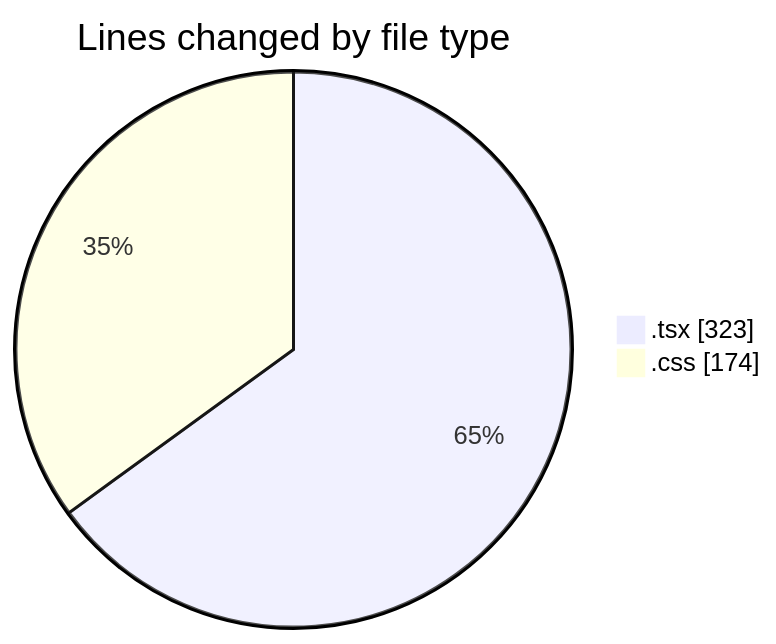
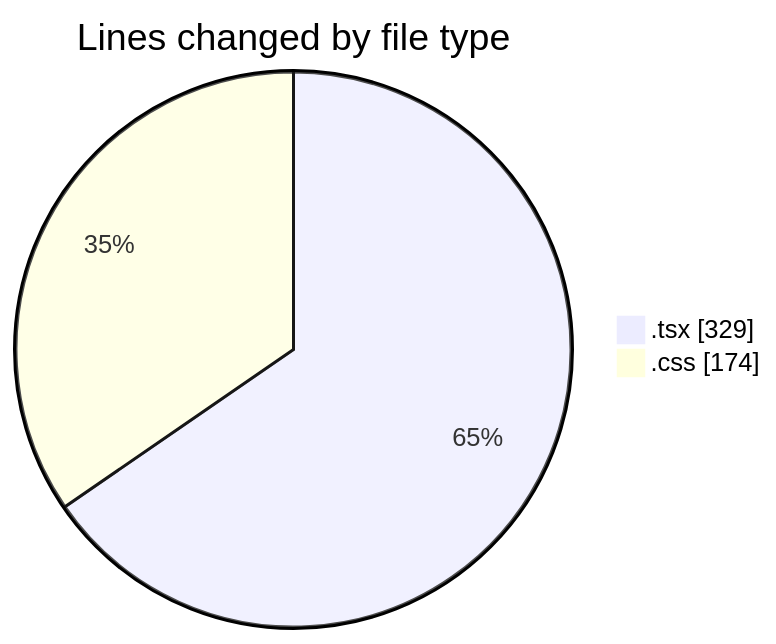
Before and after one commit to donsfak/code-tracking: the first of 2 diagrams in 2025-02-13/portofolio/README.md, drawn with Mermaid. The commit also changed other lines of this file and 1 other file, not shown here.

````diff
--- a/2025-02-13/portofolio/README.md
+++ b/2025-02-13/portofolio/README.md
@@ -21,6 +21,6 @@
 ```mermaid
 pie showData
 title Lines changed by file type
-".tsx" : 323
+".tsx" : 329
 ".css" : 174
 ```
````
